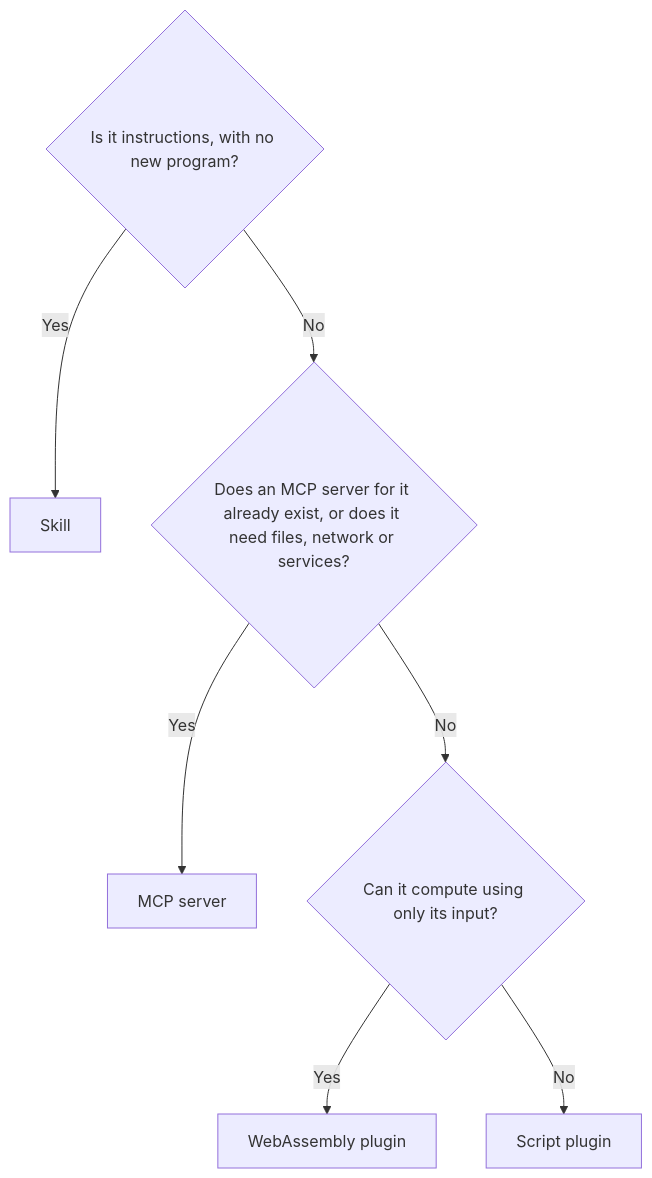
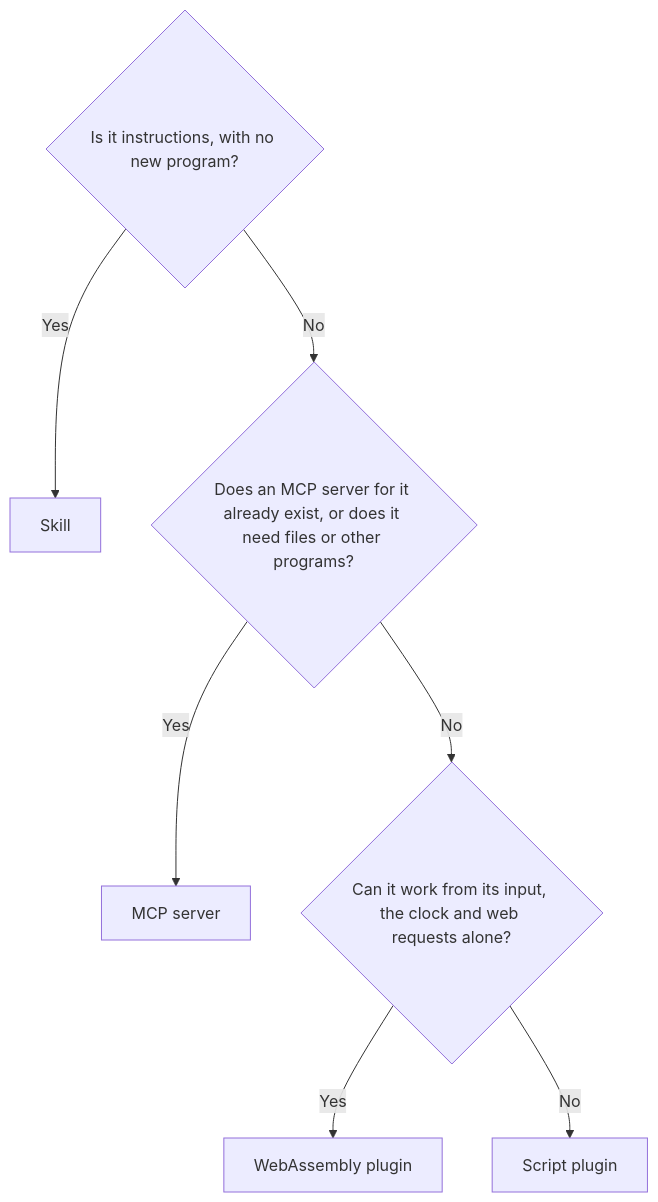
Before and after one commit to cluaiz/cluaiz-tools: the diagram in docs/architecture/plugin_vs_mcp_vs_extension_vs_skill.md, drawn with Mermaid. The commit also changed other lines of this file and 39 other files, not shown here.

````diff
--- a/docs/architecture/plugin_vs_mcp_vs_extension_vs_skill.md
+++ b/docs/architecture/plugin_vs_mcp_vs_extension_vs_skill.md
@@ -57,10 +58,10 @@
 ```mermaid
 flowchart TD
     Q1{"Is it instructions, with no new program?"}
     Q1 -->|Yes| SK["Skill"]
-    Q1 -->|No| Q2{"Does an MCP server for it already exist, or does it need files, network or services?"}
+    Q1 -->|No| Q2{"Does an MCP server for it already exist, or does it need files or other programs?"}
     Q2 -->|Yes| MC["MCP server"]
-    Q2 -->|No| Q3{"Can it compute using only its input?"}
+    Q2 -->|No| Q3{"Can it work from its input, the clock and web requests alone?"}
     Q3 -->|Yes| WA["WebAssembly plugin"]
     Q3 -->|No| SC["Script plugin"]
 ```
````
